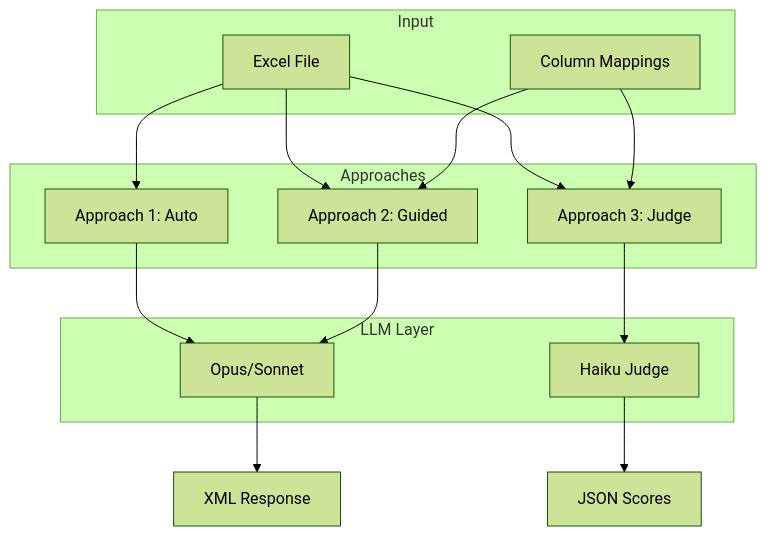
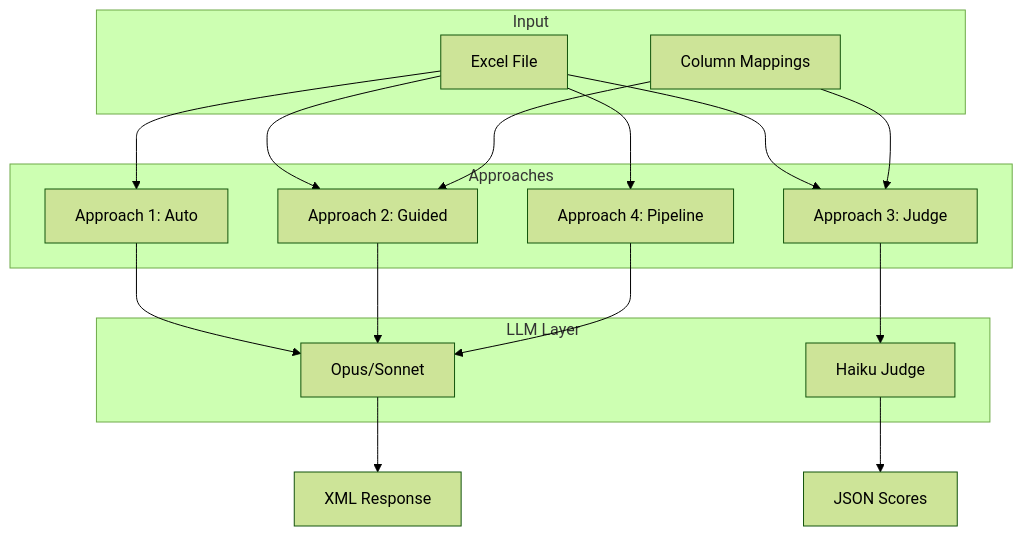
Before and after one commit to dil-pkoppany/advanced-question-extraction-poc: the first of 2 diagrams in backend/app/services/APPROACHES.md, drawn with Mermaid (forest theme). The commit also changed other lines of this file and 18 other files, not shown here.

````diff
--- a/backend/app/services/APPROACHES.md
+++ b/backend/app/services/APPROACHES.md
@@ -7,31 +7,34 @@
 ```mermaid
 flowchart TB
     subgraph input [Input]
         Excel[Excel File]
         Mappings[Column Mappings]
     end
 
     subgraph approaches [Approaches]
         A1[Approach 1: Auto]
         A2[Approach 2: Guided]
         A3[Approach 3: Judge]
+        A4[Approach 4: Pipeline]
     end
 
     subgraph llm [LLM Layer]
         Opus[Opus/Sonnet]
         Haiku[Haiku Judge]
     end
 
     Excel --> A1
     Excel --> A2
     Excel --> A3
+    Excel --> A4
     Mappings --> A2
     Mappings --> A3
 
     A1 --> Opus
     A2 --> Opus
     A3 --> Haiku
+    A4 --> Opus
 
     Opus --> XML[XML Response]
     Haiku --> JSON[JSON Scores]
 ```
````
